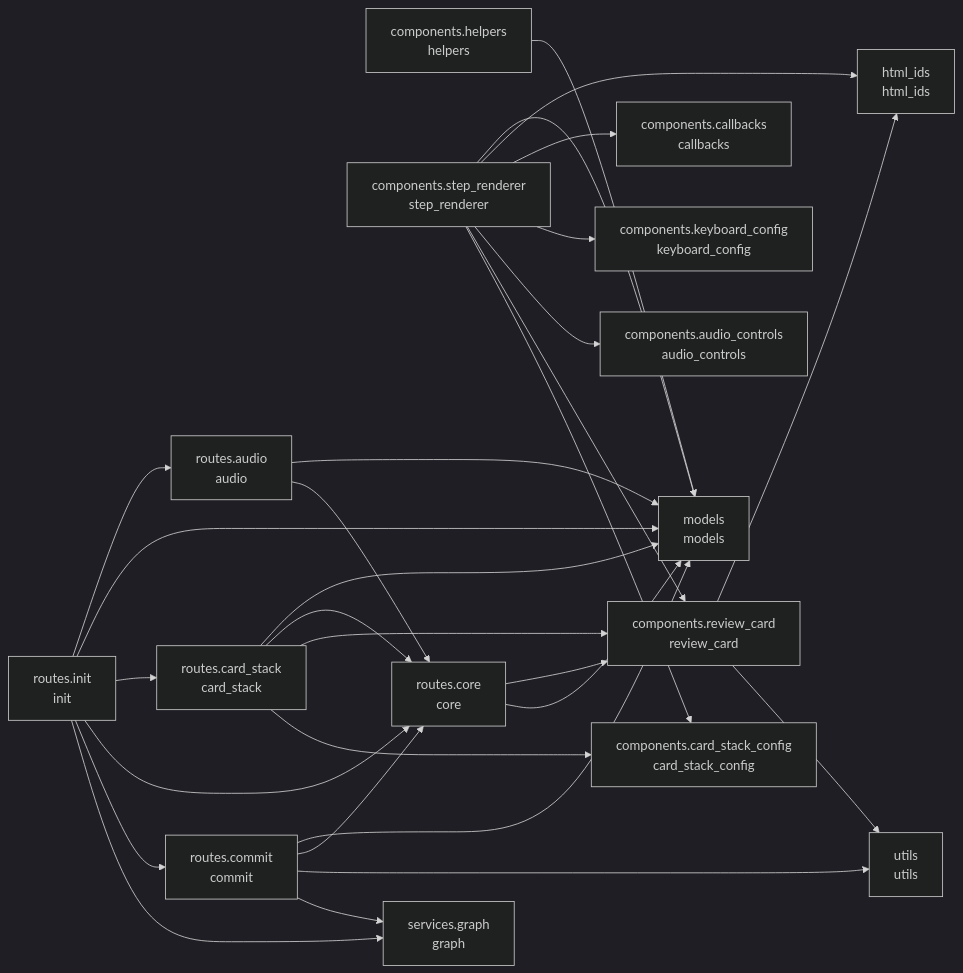
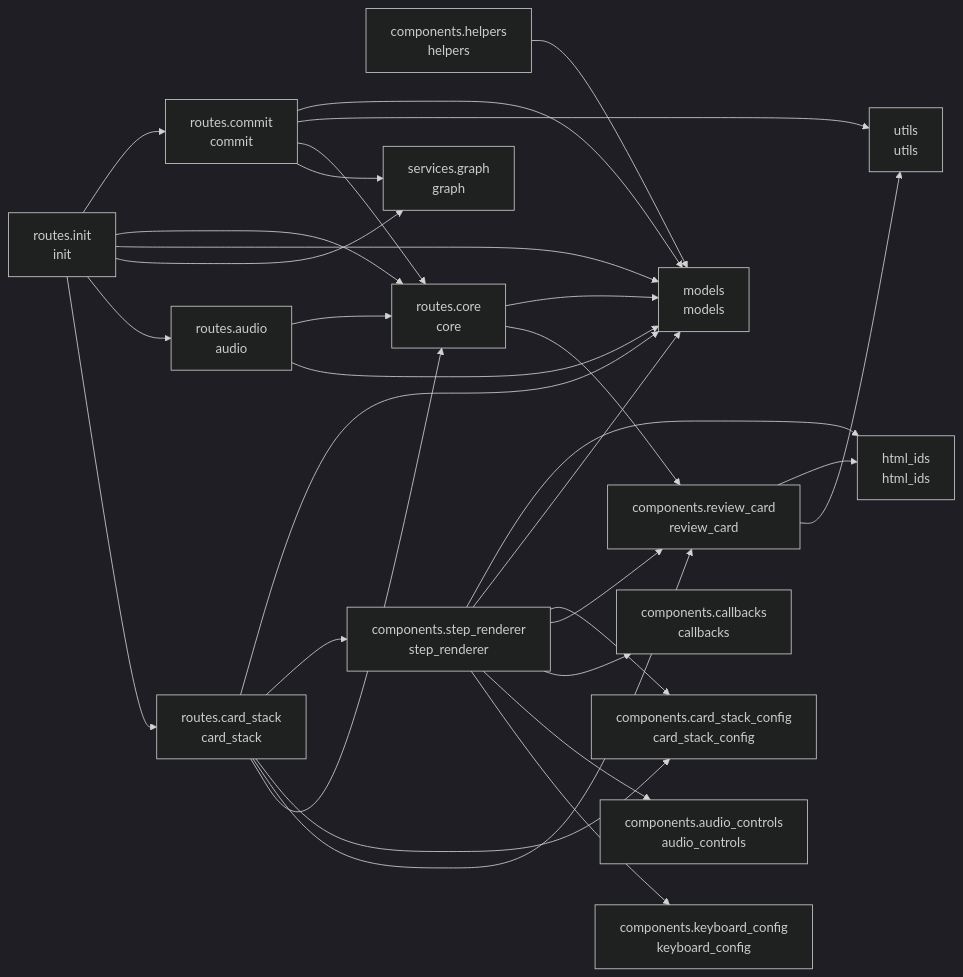
Before and after one commit to cj-mills/cjm-transcript-review: the diagram in README.md, drawn with Mermaid (dark theme). The commit also changed other lines of this file and 20 other files, not shown here.

Commit message:
Integrate cjm-fasthtml-web-audio library with multi-buffer support, boundary indicators, source stats, and updated audio controls.

````diff
--- a/README.md
+++ b/README.md
@@ -39,48 +39,49 @@
 ``` mermaid
 graph LR
     components_audio_controls[components.audio_controls<br/>audio_controls]
     components_callbacks[components.callbacks<br/>callbacks]
     components_card_stack_config[components.card_stack_config<br/>card_stack_config]
     components_helpers[components.helpers<br/>helpers]
     components_keyboard_config[components.keyboard_config<br/>keyboard_config]
     components_review_card[components.review_card<br/>review_card]
     components_step_renderer[components.step_renderer<br/>step_renderer]
     html_ids[html_ids<br/>html_ids]
     models[models<br/>models]
     routes_audio[routes.audio<br/>audio]
     routes_card_stack[routes.card_stack<br/>card_stack]
     routes_commit[routes.commit<br/>commit]
     routes_core[routes.core<br/>core]
     routes_init[routes.init<br/>init]
     services_graph[services.graph<br/>graph]
     utils[utils<br/>utils]
 
     components_helpers --> models
     components_review_card --> utils
     components_review_card --> html_ids
+    components_step_renderer --> components_keyboard_config
+    components_step_renderer --> components_audio_controls
+    components_step_renderer --> components_callbacks
+    components_step_renderer --> components_review_card
     components_step_renderer --> components_card_stack_config
-    components_step_renderer --> components_review_card
-    components_step_renderer --> components_audio_controls
-    components_step_renderer --> components_keyboard_config
-    components_step_renderer --> components_callbacks
+    components_step_renderer --> models
     components_step_renderer --> html_ids
-    components_step_renderer --> models
+    routes_audio --> models
     routes_audio --> routes_core
-    routes_audio --> models
+    routes_card_stack --> routes_core
+    routes_card_stack --> components_review_card
     routes_card_stack --> components_card_stack_config
-    routes_card_stack --> components_review_card
-    routes_card_stack --> routes_core
+    routes_card_stack --> components_step_renderer
     routes_card_stack --> models
     routes_commit --> services_graph
+    routes_commit --> routes_core
     routes_commit --> utils
-    routes_commit --> routes_core
     routes_commit --> models
+    routes_core --> components_review_card
     routes_core --> models
-    routes_core --> components_review_card
+    routes_init --> routes_card_stack
+    routes_init --> routes_audio
     routes_init --> services_graph
+    routes_init --> models
+    routes_init --> routes_core
     routes_init --> routes_commit
-    routes_init --> routes_core
-    routes_init --> routes_card_stack
-    routes_init --> models
-    routes_init --> routes_audio
 ```
````
